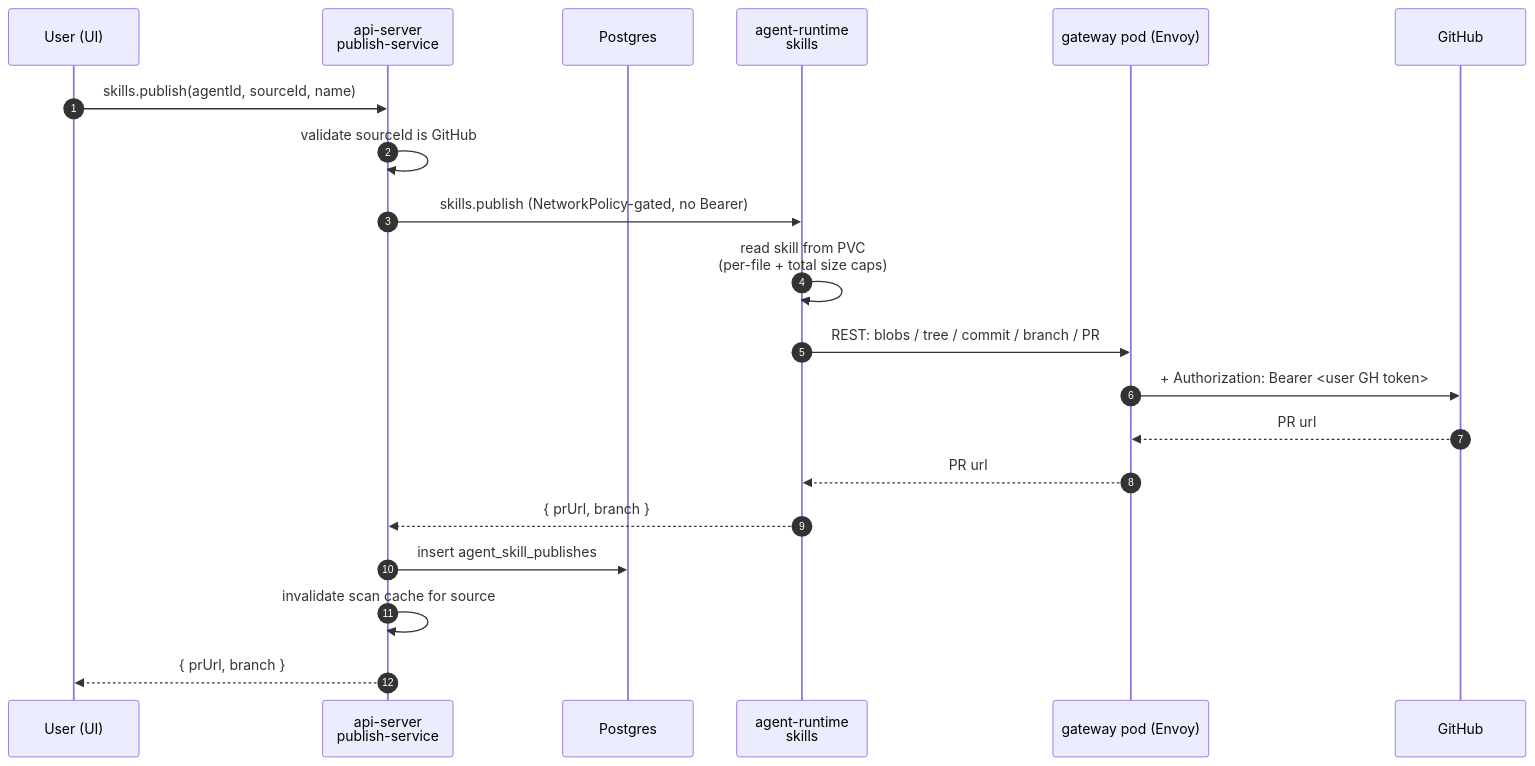
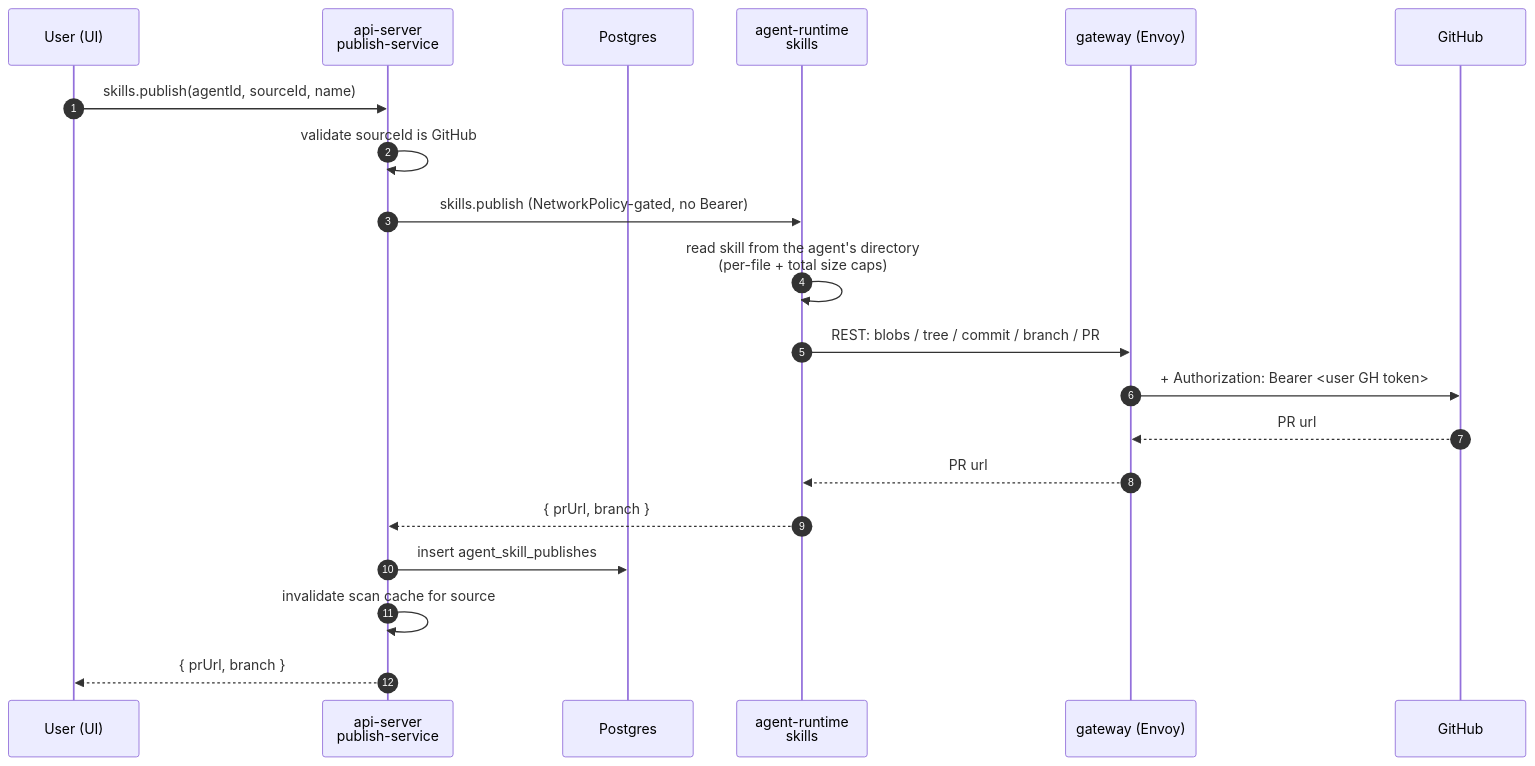
The third of 3 diagrams in docs/architecture/skills.md (dam-agents/dam), drawn with Mermaid before and after one commit. The commit also changed other lines of this file and 217 other files, not shown here.

First line of the commit message:
docs(architecture): describe the node, not the cluster

````diff
--- a/docs/architecture/skills.md
+++ b/docs/architecture/skills.md
@@ -175,23 +175,23 @@
 ```mermaid
 sequenceDiagram
   autonumber
   participant U as User (UI)
   participant API as api-server<br/>publish-service
   participant DB as Postgres
   participant RT as agent-runtime<br/>skills
-  participant ENV as gateway pod (Envoy)
+  participant ENV as gateway (Envoy)
   participant GH as GitHub
 
   U->>API: skills.publish(agentId, sourceId, name)
   API->>API: validate sourceId is GitHub
   API->>RT: skills.publish (NetworkPolicy-gated, no Bearer)
-  RT->>RT: read skill from PVC<br/>(per-file + total size caps)
+  RT->>RT: read skill from the agent's directory<br/>(per-file + total size caps)
   RT->>ENV: REST: blobs / tree / commit / branch / PR
   ENV->>GH: + Authorization: Bearer <user GH token>
   GH-->>ENV: PR url
   ENV-->>RT: PR url
   RT-->>API: { prUrl, branch }
   API->>DB: insert agent_skill_publishes
   API->>API: invalidate scan cache for source
   API-->>U: { prUrl, branch }
 ```
````
